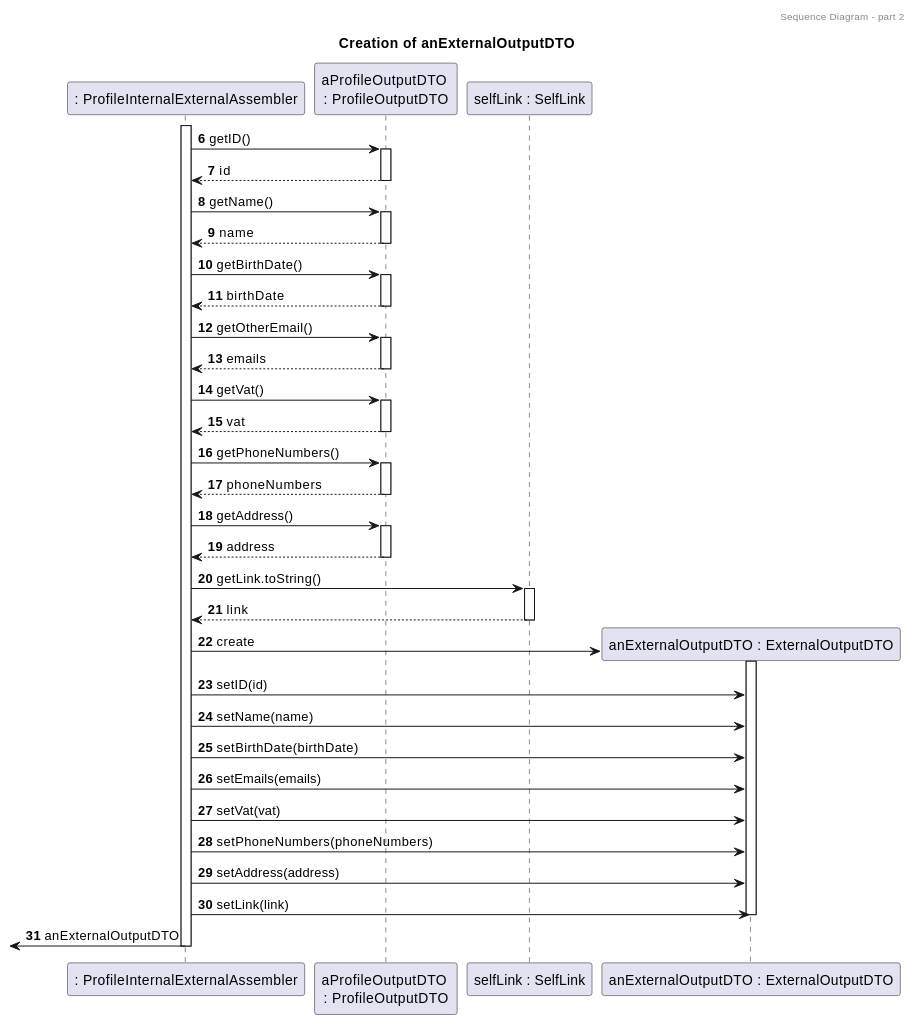
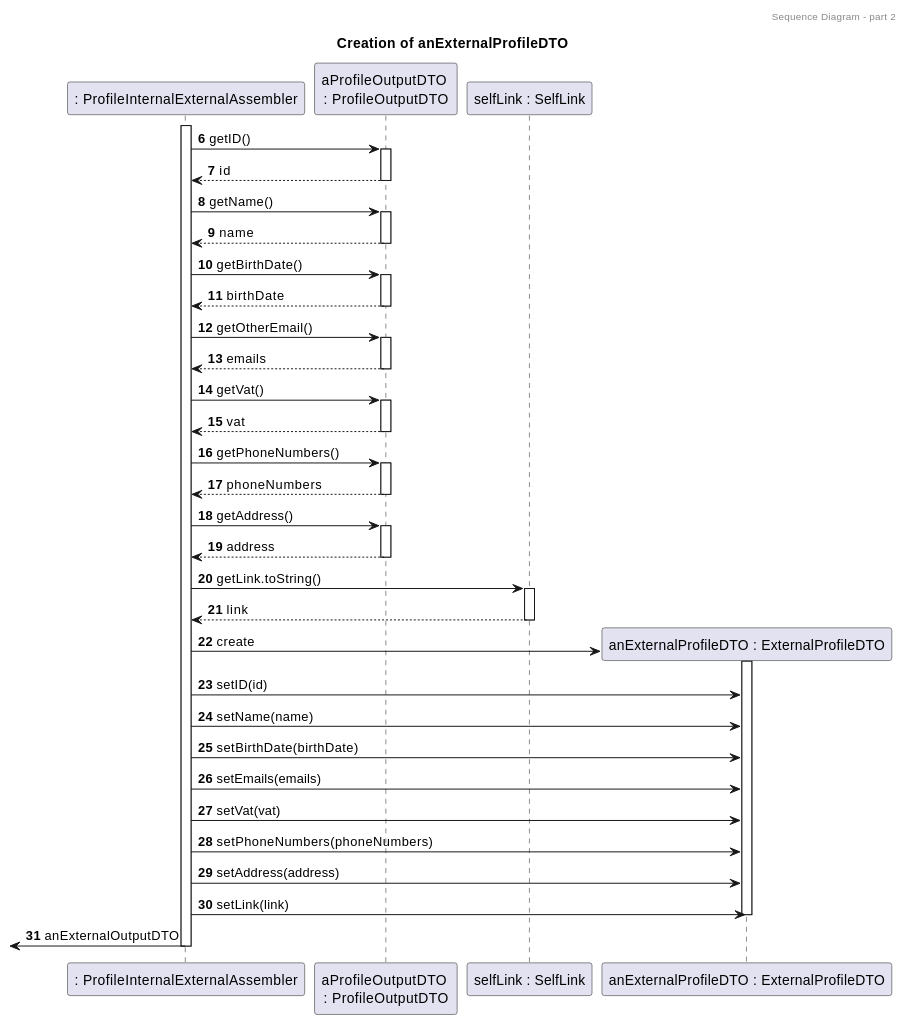
Before and after one commit to tomas-osswald/switch_2020_g3: the sixth of 6 diagrams in docs/sprint5/user_stories/US150_GetFamilyMemberProfile.md, drawn with PlantUML. The commit also changed other lines of this file, not shown here.

`````diff
--- a/docs/sprint5/user_stories/US150_GetFamilyMemberProfile.md
+++ b/docs/sprint5/user_stories/US150_GetFamilyMemberProfile.md
@@ -342,63 +342,63 @@
 ````puml
 @startuml
 
 autonumber 6
 header Sequence Diagram - part 2
-title Creation of anExternalOutputDTO
+title Creation of anExternalProfileDTO
 
 participant ": ProfileInternalExternalAssembler" as assembler
 participant "aProfileOutputDTO \n: ProfileOutputDTO" as profiledto
 participant "selfLink : SelfLink" as link
-participant "anExternalOutputDTO : ExternalOutputDTO" as dto
+participant "anExternalProfileDTO : ExternalProfileDTO" as dto
 
 activate assembler
 assembler -> profiledto : getID()
 activate profiledto
 return id
 
 assembler -> profiledto : getName()
 activate profiledto
 return name
 
 assembler -> profiledto : getBirthDate()
 activate profiledto
 return birthDate
 
 assembler -> profiledto : getOtherEmail()
 activate profiledto
 return emails
 
 assembler -> profiledto : getVat()
 activate profiledto
 return vat
 
 assembler -> profiledto : getPhoneNumbers()
 activate profiledto
 return phoneNumbers
 
 assembler -> profiledto : getAddress()
 activate profiledto
 return address
 
 assembler -> link : getLink.toString()
 activate link
 return link
 
 assembler -> dto** : create 
 
 activate dto
 assembler -> dto : setID(id)
 assembler -> dto : setName(name)
 assembler -> dto : setBirthDate(birthDate)
 assembler -> dto : setEmails(emails)
 assembler -> dto : setVat(vat)
 assembler -> dto : setPhoneNumbers(phoneNumbers)
 assembler -> dto : setAddress(address)
 assembler -> dto : setLink(link)
 deactivate dto
 
 <- assembler : anExternalOutputDTO
 deactivate assembler
 
 @enduml
 ````
`````
